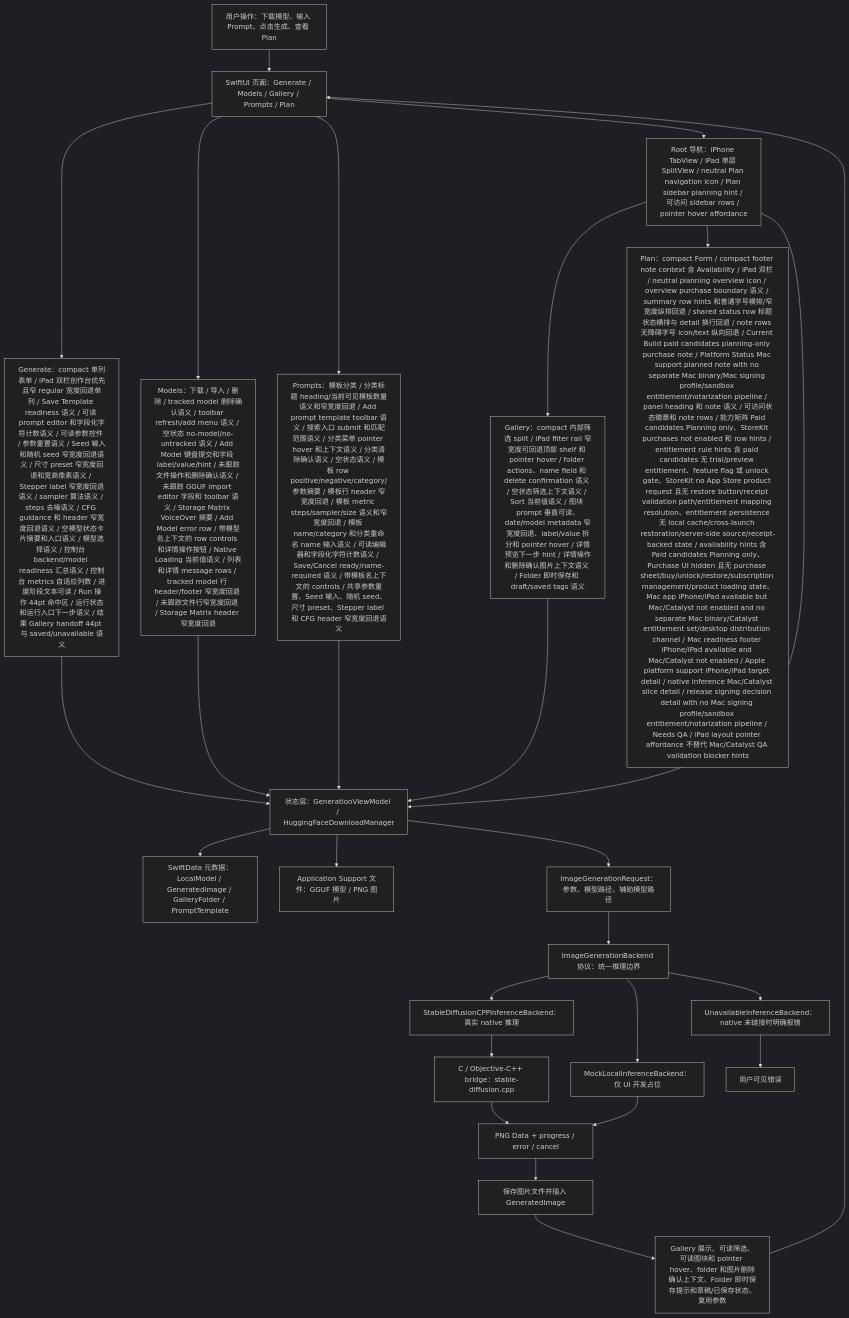
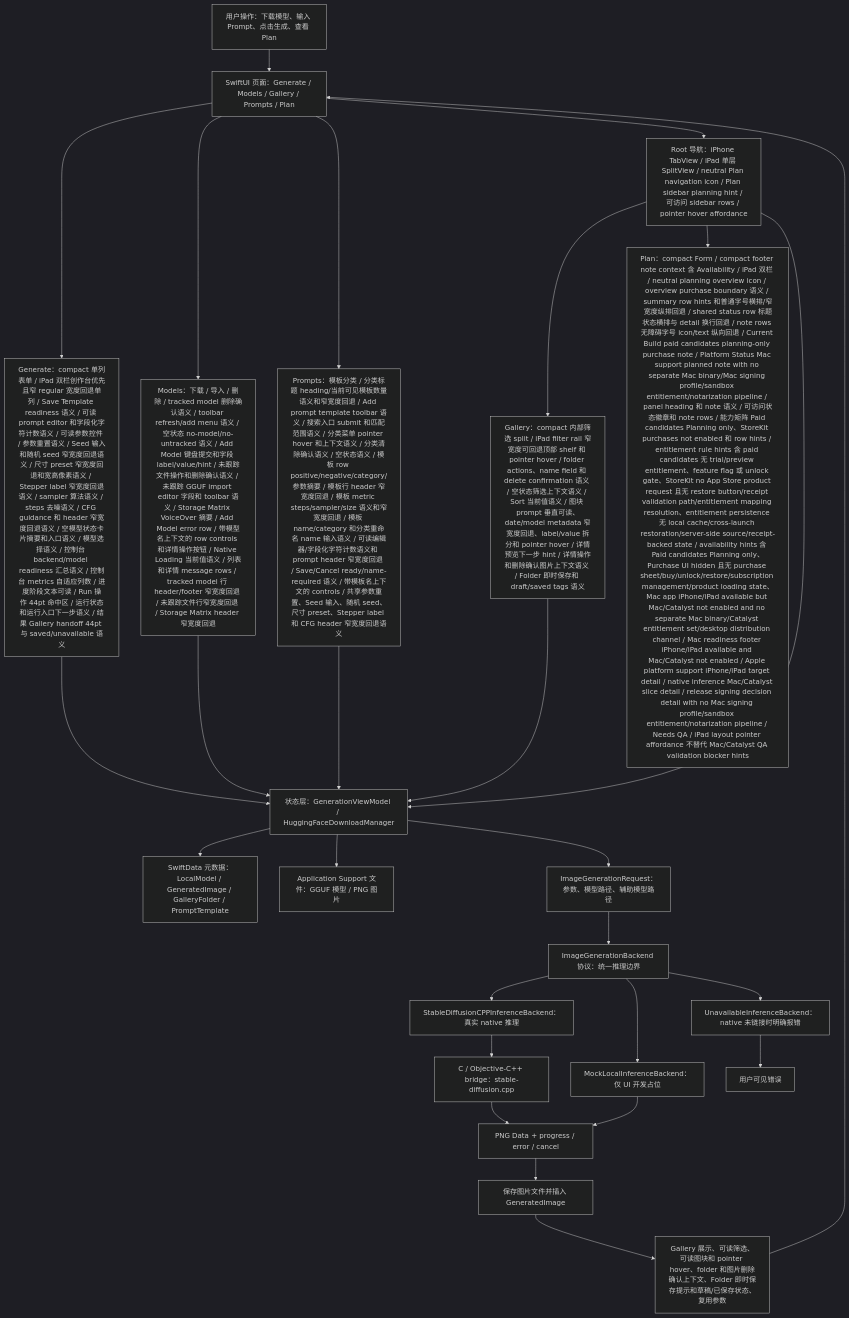
One commit to Altman-sam114/118 changed the first of 7 diagrams in md/flow/flowchart.md. Above: the diagram before and after it, drawn with Mermaid (dark theme). The commit also changed 5 other files, not shown here.

First line of the commit message:
v1.142: Prompt editor header fallback

````diff
--- a/md/flow/flowchart.md
+++ b/md/flow/flowchart.md
@@ -9,29 +9,29 @@
 ```mermaid
 flowchart TD
   U["用户操作：下载模型、输入 Prompt、点击生成、查看 Plan"] --> UI["SwiftUI 页面：Generate / Models / Gallery / Prompts / Plan"]
   UI --> GENUI["Generate：compact 单列表单 / iPad 双栏创作台优先且窄 regular 宽度回退单列 / Save Template readiness 语义 / 可读 prompt editor 和字段化字符计数语义 / 可读参数控件 / 参数重置语义 / Seed 输入和随机 seed 窄宽度回退语义 / 尺寸 preset 窄宽度回退和宽高像素语义 / Stepper label 窄宽度回退语义 / sampler 算法语义 / steps 去噪语义 / CFG guidance 和 header 窄宽度回退语义 / 空模型状态卡片摘要和入口语义 / 模型选择语义 / 控制台 backend/model readiness 汇总语义 / 控制台 metrics 自适应列数 / 进度阶段文本可读 / Run 操作 44pt 命中区 / 运行状态和运行入口下一步语义 / 结果 Gallery handoff 44pt 与 saved/unavailable 语义"]
   UI --> MODELUI["Models：下载 / 导入 / 删除 / tracked model 删除确认语义 / toolbar refresh/add menu 语义 / 空状态 no-model/no-untracked 语义 / Add Model 键盘提交和字段 label/value/hint / 未跟踪文件操作和删除确认语义 / 未跟踪 GGUF import editor 字段和 toolbar 语义 / Storage Matrix VoiceOver 摘要 / Add Model error row / 带模型名上下文的 row controls 和详情操作按钮 / Native Loading 当前值语义 / 列表和详情 message rows / tracked model 行 header/footer 窄宽度回退 / 未跟踪文件行窄宽度回退 / Storage Matrix header 窄宽度回退"]
-  UI --> PROMPTUI["Prompts：模板分类 / 分类标题 heading/当前可见模板数量语义和窄宽度回退 / Add prompt template toolbar 语义 / 搜索入口 submit 和匹配范围语义 / 分类菜单 pointer hover 和上下文语义 / 分类清除确认语义 / 空状态语义 / 模板 row positive/negative/category/参数摘要 / 模板行 header 窄宽度回退 / 模板 metric steps/sampler/size 语义和窄宽度回退 / 模板 name/category 和分类重命名 name 输入语义 / 可读编辑器和字段化字符计数语义 / Save/Cancel ready/name-required 语义 / 带模板名上下文的 controls / 共享参数重置、Seed 输入、随机 seed、尺寸 preset、Stepper label 和 CFG header 窄宽度回退语义"]
+  UI --> PROMPTUI["Prompts：模板分类 / 分类标题 heading/当前可见模板数量语义和窄宽度回退 / Add prompt template toolbar 语义 / 搜索入口 submit 和匹配范围语义 / 分类菜单 pointer hover 和上下文语义 / 分类清除确认语义 / 空状态语义 / 模板 row positive/negative/category/参数摘要 / 模板行 header 窄宽度回退 / 模板 metric steps/sampler/size 语义和窄宽度回退 / 模板 name/category 和分类重命名 name 输入语义 / 可读编辑器/字段化字符计数语义和 prompt header 窄宽度回退 / Save/Cancel ready/name-required 语义 / 带模板名上下文的 controls / 共享参数重置、Seed 输入、随机 seed、尺寸 preset、Stepper label 和 CFG header 窄宽度回退语义"]
   UI --> NAV["Root 导航：iPhone TabView / iPad 单层 SplitView / neutral Plan navigation icon / Plan sidebar planning hint / 可访问 sidebar rows / pointer hover affordance"]
   NAV --> GALUI["Gallery：compact 内部筛选 split / iPad filter rail 窄宽度可回退顶部 shelf 和 pointer hover / folder actions、name field 和 delete confirmation 语义 / 空状态筛选上下文语义 / Sort 当前值语义 / 图块 prompt 垂直可读、date/model metadata 窄宽度回退、label/value 拆分和 pointer hover / 详情预览下一步 hint / 详情操作和删除确认图片上下文语义 / Folder 即时保存和 draft/saved tags 语义"]
   NAV --> PLANUI["Plan：compact Form / compact footer note context 含 Availability / iPad 双栏 / neutral planning overview icon / overview purchase boundary 语义 / summary row hints 和普通字号横排/窄宽度纵排回退 / shared status row 标题状态横排与 detail 换行回退 / note rows 无障碍字号 icon/text 纵向回退 / Current Build paid candidates planning-only purchase note / Platform Status Mac support planned note with no separate Mac binary/Mac signing profile/sandbox entitlement/notarization pipeline / panel heading 和 note 语义 / 可访问状态徽章和 note rows / 能力矩阵 Paid candidates Planning only、StoreKit purchases not enabled 和 row hints / entitlement rule hints 含 paid candidates 无 trial/preview entitlement、feature flag 或 unlock gate、StoreKit no App Store product request 且无 restore button/receipt validation path/entitlement mapping resolution、entitlement persistence 无 local cache/cross-launch restoration/server-side source/receipt-backed state / availability hints 含 Paid candidates Planning only、Purchase UI hidden 且无 purchase sheet/buy/unlock/restore/subscription management/product loading state、Mac app iPhone/iPad available but Mac/Catalyst not enabled and no separate Mac binary/Catalyst entitlement set/desktop distribution channel / Mac readiness footer iPhone/iPad available and Mac/Catalyst not enabled / Apple platform support iPhone/iPad target detail / native inference Mac/Catalyst slice detail / release signing decision detail with no Mac signing profile/sandbox entitlement/notarization pipeline / Needs QA / iPad layout pointer affordance 不替代 Mac/Catalyst QA validation blocker hints"]
   NAV --> VM["状态层：GenerationViewModel / HuggingFaceDownloadManager"]
   GENUI --> VM
   MODELUI --> VM
   PROMPTUI --> VM
   GALUI --> VM
   VM --> SD["SwiftData 元数据：LocalModel / GeneratedImage / GalleryFolder / PromptTemplate"]
   VM --> FS["Application Support 文件：GGUF 模型 / PNG 图片"]
   VM --> REQ["ImageGenerationRequest：参数、模型路径、辅助模型路径"]
   REQ --> IFACE["ImageGenerationBackend 协议：统一推理边界"]
   IFACE --> NATIVE["StableDiffusionCPPInferenceBackend：真实 native 推理"]
   IFACE --> MOCK["MockLocalInferenceBackend：仅 UI 开发占位"]
   IFACE --> OFF["UnavailableInferenceBackend：native 未链接时明确报错"]
   NATIVE --> BRIDGE["C / Objective-C++ bridge：stable-diffusion.cpp"]
   BRIDGE --> PNG["PNG Data + progress / error / cancel"]
   MOCK --> PNG
   OFF --> ERR["用户可见错误"]
   PNG --> SAVE["保存图片文件并插入 GeneratedImage"]
   SAVE --> GALLERY["Gallery 展示、可读筛选、可读图块和 pointer hover、folder 和图片删除确认上下文、Folder 即时保存提示和草稿/已保存状态、复用参数"]
   GALLERY --> UI
 ```
````
